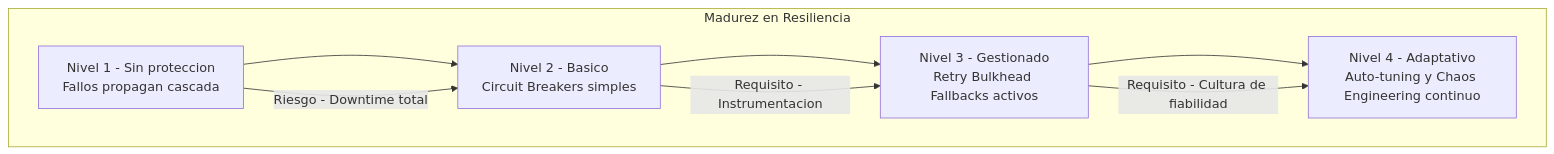
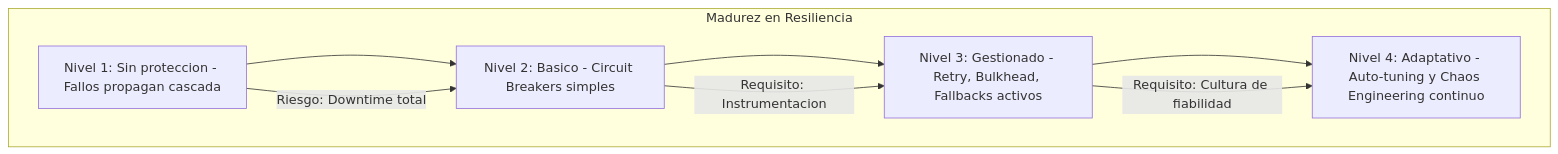
The fifth of 5 diagrams in 03_Spring_Ecosystem/resilience4j_circuit_breaker_retry_bulkhead_spring_boot_3_STAFF.md (Joaquinriosheredia/DAM-Java-Mastery), drawn with Mermaid before and after one commit. The commit also changed other lines of this file, not shown here.

Commit message:
resilience4j_circuit_breaker_retry_bulkhead_spring_boot_3_STAFF.md

````diff
--- a/03_Spring_Ecosystem/resilience4j_circuit_breaker_retry_bulkhead_spring_boot_3_STAFF.md
+++ b/03_Spring_Ecosystem/resilience4j_circuit_breaker_retry_bulkhead_spring_boot_3_STAFF.md
@@ -763,13 +545,13 @@
 ```mermaid
 graph TD
     subgraph "Madurez en Resiliencia"
-        L1[Nivel 1 - Sin proteccion<br/>Fallos propagan cascada] --> L2
-        L2[Nivel 2 - Basico<br/>Circuit Breakers simples] --> L3
-        L3[Nivel 3 - Gestionado<br/>Retry Bulkhead Fallbacks activos] --> L4
-        L4[Nivel 4 - Adaptativo<br/>Auto-tuning y Chaos Engineering continuo]
+        L1[Nivel 1: Sin proteccion - Fallos propagan cascada] --> L2
+        L2[Nivel 2: Basico - Circuit Breakers simples] --> L3
+        L3[Nivel 3: Gestionado - Retry, Bulkhead, Fallbacks activos] --> L4
+        L4[Nivel 4: Adaptativo - Auto-tuning y Chaos Engineering continuo]
     end
     
-    L1 -->|Riesgo - Downtime total| L2
-    L2 -->|Requisito - Instrumentacion| L3
-    L3 -->|Requisito - Cultura de fiabilidad| L4
+    L1 -->|Riesgo: Downtime total| L2
+    L2 -->|Requisito: Instrumentacion| L3
+    L3 -->|Requisito: Cultura de fiabilidad| L4
 ```
````
